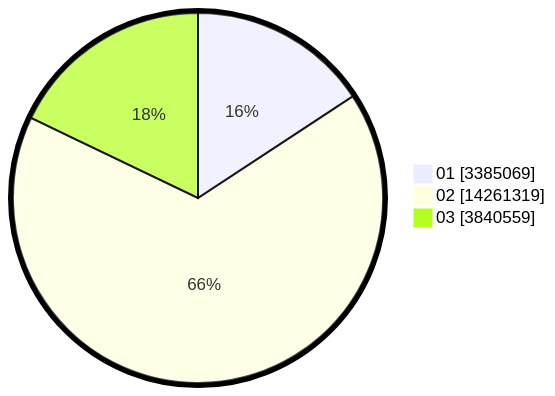
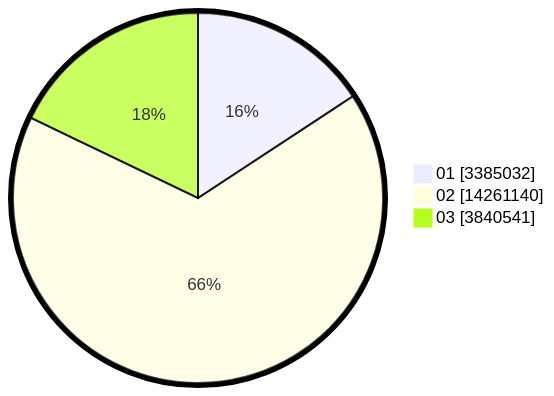
One commit to gigit-pemilu/pemilu-2024 changed the second of 2 diagrams in pilpres/hitung-suara/sub/table-wilayah-35.md. Above: the diagram before and after it, drawn with Mermaid. The commit also changed other lines of this file and 7 other files, not shown here.

````diff
--- a/pilpres/hitung-suara/sub/table-wilayah-35.md
+++ b/pilpres/hitung-suara/sub/table-wilayah-35.md
@@ -15,7 +15,7 @@
 ```mermaid
 %%{init: {"pie": {"textPosition": 0.5}, "themeVariables": {"pieOuterStrokeWidth": "5px"}} }%%
 pie showData
-    "01" : 3385069
-    "02" : 14261319
-    "03" : 3840559
+    "01" : 3385032
+    "02" : 14261140
+    "03" : 3840541
 ```
````
